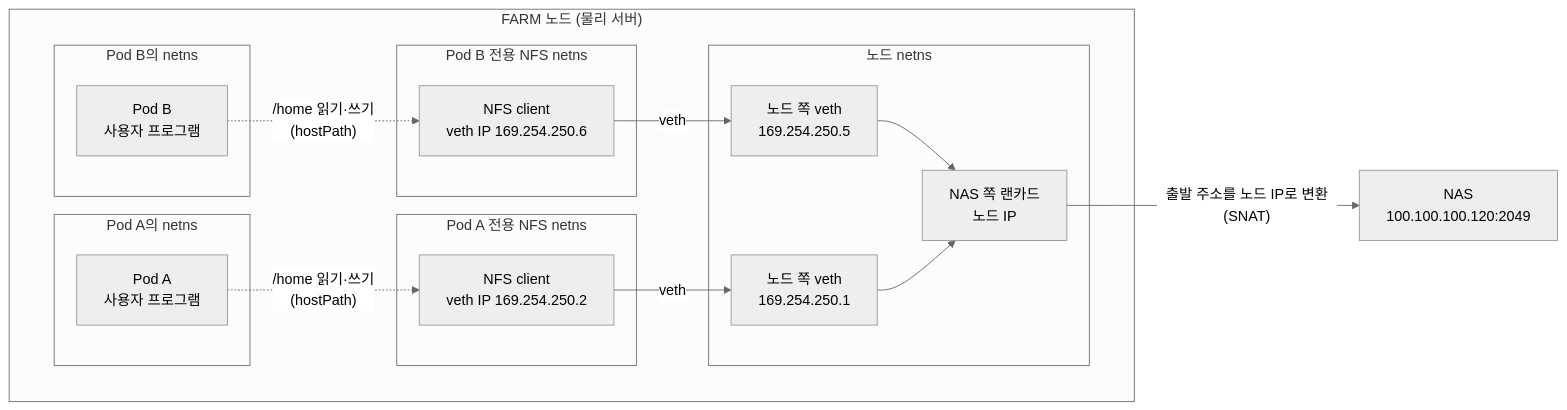
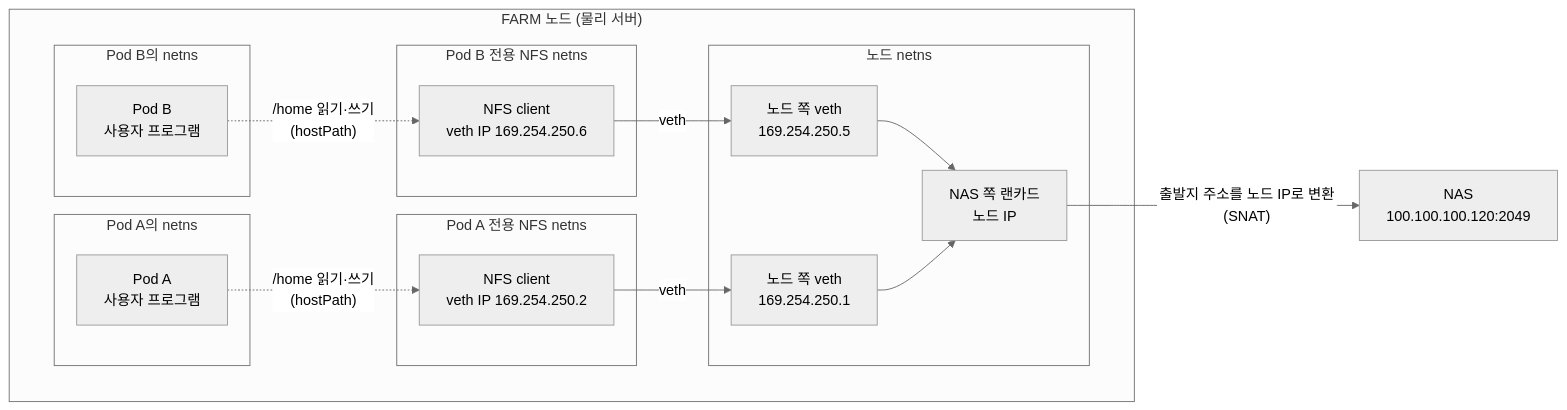
Before and after one commit to CSID-DGU/admin_wiki: the diagram in md/infra/operations/logs/Pod별-NFS-client.md, drawn with Mermaid (neutral theme). The commit also changed other lines of this file and 3 other files, not shown here.

````diff
--- a/md/infra/operations/logs/Pod별-NFS-client.md
+++ b/md/infra/operations/logs/Pod별-NFS-client.md
@@ -19,41 +45,41 @@
 ```mermaid
 ---
 config:
   flowchart:
     nodeSpacing: 70
 ---
 flowchart LR
     subgraph node["FARM 노드 (물리 서버)"]
     %% pad: 바깥 상자 제목이 안쪽 상자에 가려지지 않도록 넣은 보이지 않는 상자
     subgraph pad[" "]
         subgraph podB["Pod B의 netns"]
             PB["Pod B<br/>사용자 프로그램"]
         end
         subgraph podA["Pod A의 netns"]
             PA["Pod A<br/>사용자 프로그램"]
         end
         subgraph nsB["Pod B 전용 NFS netns"]
             CB["NFS client<br/>veth IP 169.254.250.6"]
         end
         subgraph nsA["Pod A 전용 NFS netns"]
             CA["NFS client<br/>veth IP 169.254.250.2"]
         end
         subgraph hostns["노드 netns"]
             VB["노드 쪽 veth<br/>169.254.250.5"]
             VA["노드 쪽 veth<br/>169.254.250.1"]
             NIC["NAS 쪽 랜카드<br/>노드 IP"]
         end
     end
     end
     NAS["NAS<br/>100.100.100.120:2049"]
 
     PB -. "/home 읽기·쓰기<br/>(hostPath)" .-> CB
     PA -. "/home 읽기·쓰기<br/>(hostPath)" .-> CA
     CB -- "veth" --> VB
     CA -- "veth" --> VA
     VB --> NIC
     VA --> NIC
-    NIC -- "출발 주소를 노드 IP로 변환(SNAT)" --> NAS
+    NIC -- "출발지 주소를 노드 IP로 변환(SNAT)" --> NAS
 
     style pad fill:none,stroke:none
 ```
````
